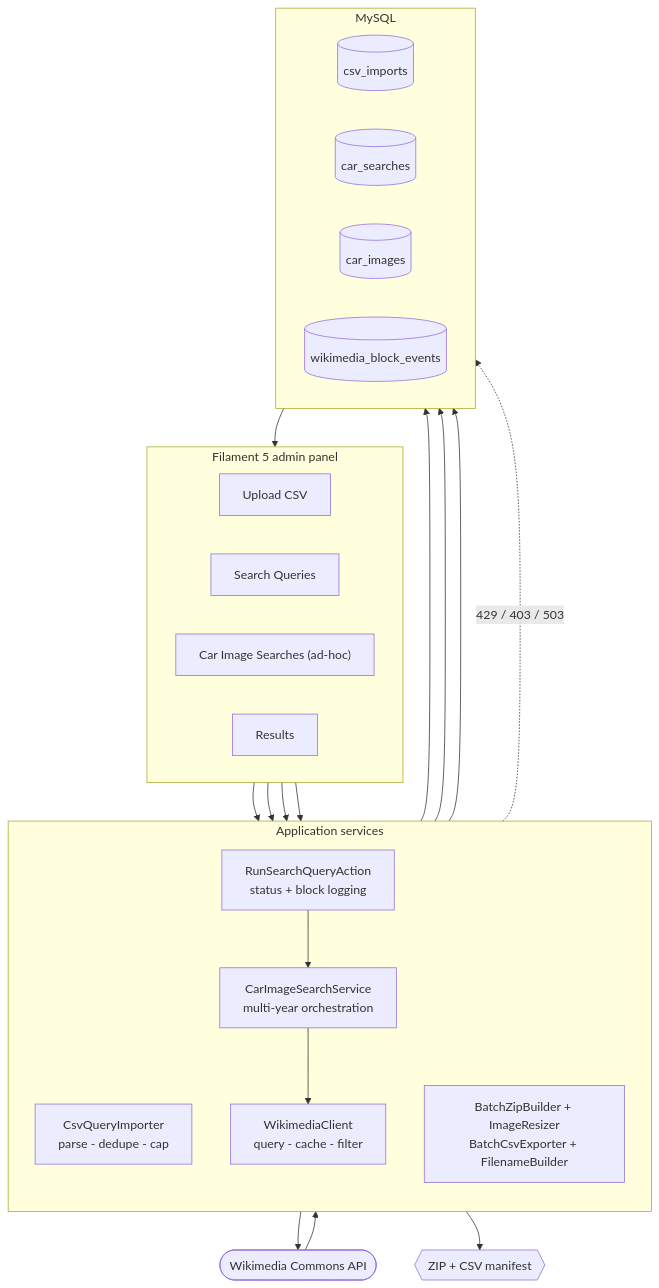
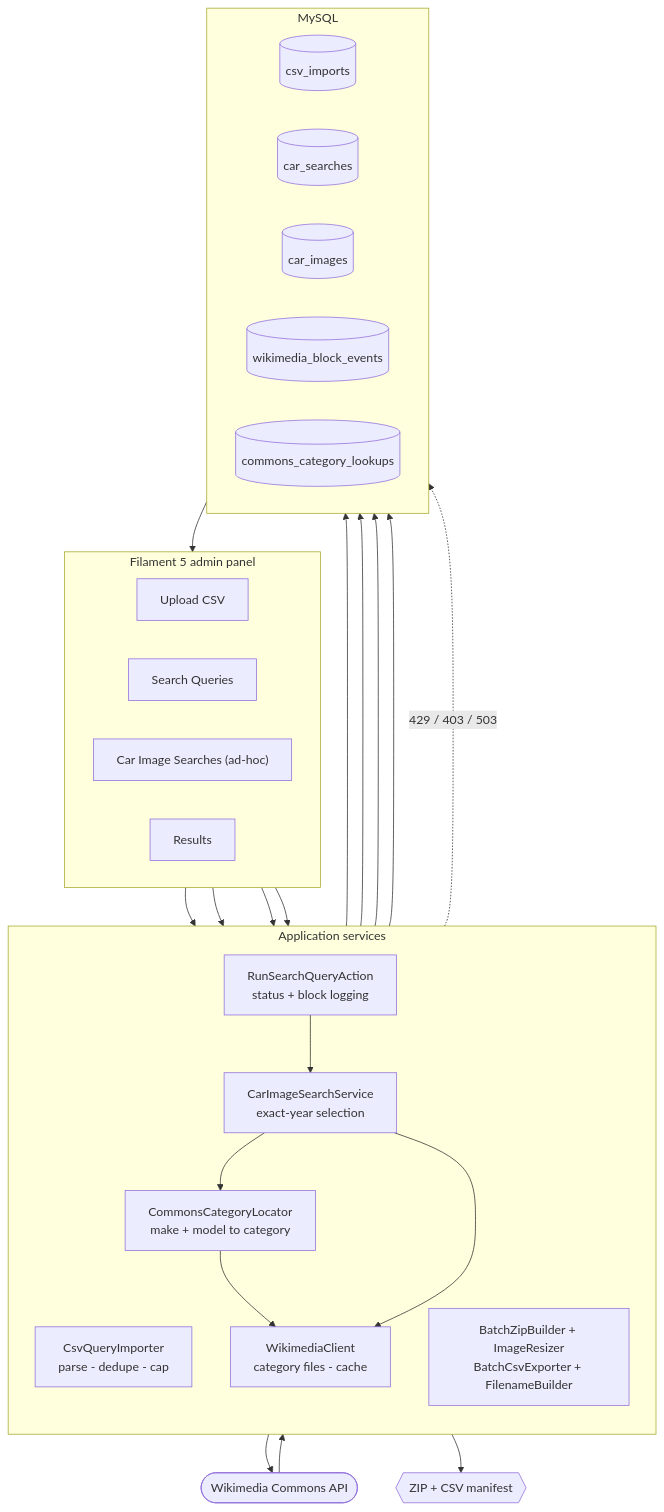
Before and after one commit to RonaldAllanRivera/cars-images-api: the first of 2 diagrams in README.md, drawn with Mermaid. The commit also changed other lines of this file, not shown here.

````diff
--- a/README.md
+++ b/README.md
@@ -57,45 +57,50 @@
 ```mermaid
 flowchart TB
     subgraph Panel["Filament 5 admin panel"]
         direction LR
         P1["Upload CSV"]
         P2["Search Queries"]
         P4["Car Image Searches (ad-hoc)"]
         P3["Results"]
     end
 
     subgraph Services["Application services"]
         direction TB
         IMP["CsvQueryImporter<br/>parse - dedupe - cap"]
         ACT["RunSearchQueryAction<br/>status + block logging"]
-        SVC["CarImageSearchService<br/>multi-year orchestration"]
-        WMC["WikimediaClient<br/>query - cache - filter"]
+        SVC["CarImageSearchService<br/>exact-year selection"]
+        LOC["CommonsCategoryLocator<br/>make + model to category"]
+        WMC["WikimediaClient<br/>category files - cache"]
         EXP["BatchZipBuilder + ImageResizer<br/>BatchCsvExporter + FilenameBuilder"]
     end
 
     subgraph DB["MySQL"]
         direction LR
         T3[("csv_imports")]
         T1[("car_searches")]
         T2[("car_images")]
         T4[("wikimedia_block_events")]
+        T5[("commons_category_lookups")]
     end
 
     WM(["Wikimedia Commons API"])
     DL{{"ZIP + CSV manifest"}}
 
     P1 --> IMP
     IMP --> T3
     IMP --> T1
     P2 --> ACT
     P4 --> SVC
     ACT --> SVC
+    SVC --> LOC
+    LOC --> T5
+    LOC --> WMC
     SVC --> WMC
     WMC --> WM
     WM --> WMC
     SVC --> T2
     ACT -. "429 / 403 / 503" .-> T4
     T2 --> P3
     P3 --> EXP
     EXP --> DL
 ```
````
